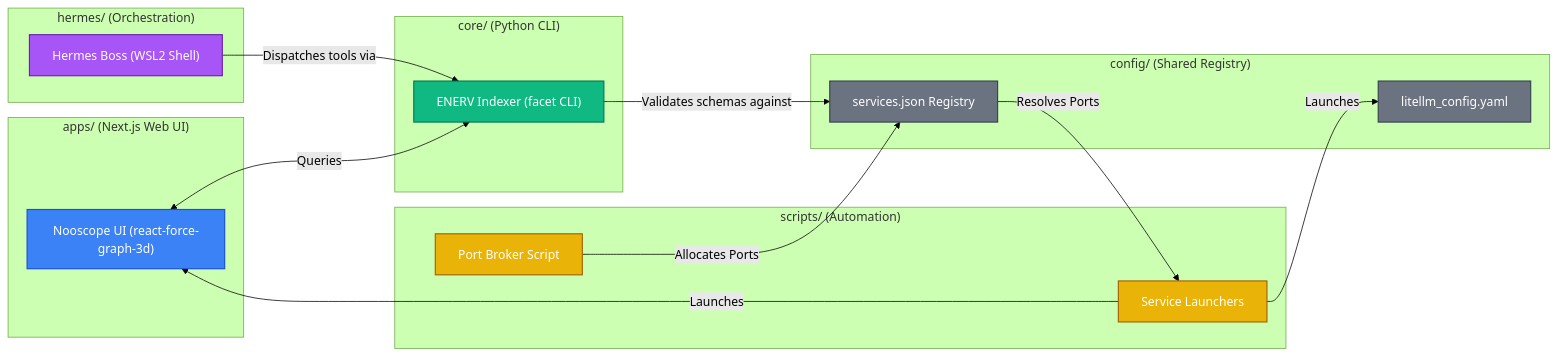
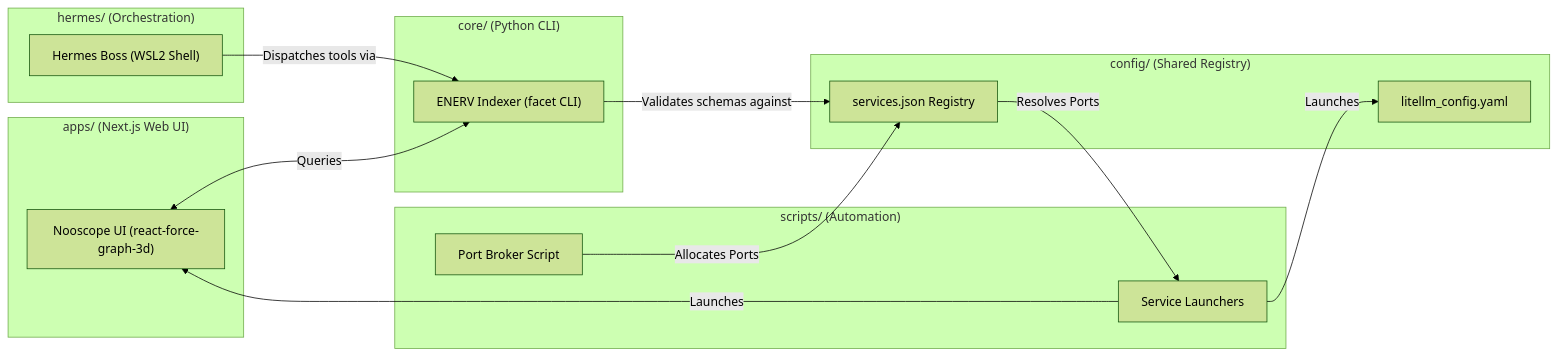
The diagram in docs/whitepaper/chapters/components.md (master5d/NAUTILUS), drawn with Mermaid (forest theme) before and after one commit. The commit also changed 6 other files, not shown here.

First line of the commit message:
docs: Refactor Mermaid diagrams for GitBook and GitHub Pages compatibility

````diff
--- a/docs/whitepaper/chapters/components.md
+++ b/docs/whitepaper/chapters/components.md
@@ -5,41 +5,33 @@
 ```mermaid
-graph LR
-    %% Styling
-    classDef Web fill:#3b82f6,stroke:#1d4ed8,stroke-width:1.5px,color:#fff;
-    classDef Py fill:#10b981,stroke:#047857,stroke-width:1.5px,color:#fff;
-    classDef Config fill:#6b7280,stroke:#374151,stroke-width:1.5px,color:#fff;
-    classDef Script fill:#eab308,stroke:#a16207,stroke-width:1.5px,color:#fff;
-    classDef Agent fill:#a855f7,stroke:#6b21a8,stroke-width:1.5px,color:#fff;
-
-    %% Nodes
+flowchart LR
     subgraph apps["apps/ (Next.js Web UI)"]
-        Nooscope["Nooscope UI (react-force-graph-3d)"]:::Web
+        Nooscope["Nooscope UI (react-force-graph-3d)"]
     end
     
     subgraph core["core/ (Python CLI)"]
-        Enerv["ENERV Indexer (facet CLI)"]:::Py
+        Enerv["ENERV Indexer (facet CLI)"]
     end
     
     subgraph config["config/ (Shared Registry)"]
-        Services["services.json Registry"]:::Config
-        LiteLLMConfig["litellm_config.yaml"]:::Config
+        Services["services.json Registry"]
+        LiteLLMConfig["litellm_config.yaml"]
     end
     
     subgraph scripts["scripts/ (Automation)"]
-        Broker["Port Broker Script"]:::Script
-        Launcher["Service Launchers"]:::Script
+        Broker["Port Broker Script"]
+        Launcher["Service Launchers"]
     end
     
     subgraph hermes["hermes/ (Orchestration)"]
-        HermesAgent["Hermes Boss (WSL2 Shell)"]:::Agent
+        HermesAgent["Hermes Boss (WSL2 Shell)"]
     end
 
     %% Interactions
     Broker --> |Allocates Ports| Services
     Services --> |Resolves Ports| Launcher
     Launcher --> |Launches| Nooscope
     Launcher --> |Launches| LiteLLMConfig
     Enerv --> |Validates schemas against| Services
     HermesAgent --> |Dispatches tools via| Enerv
     Nooscope <--> |Queries| Enerv
 ```
````
